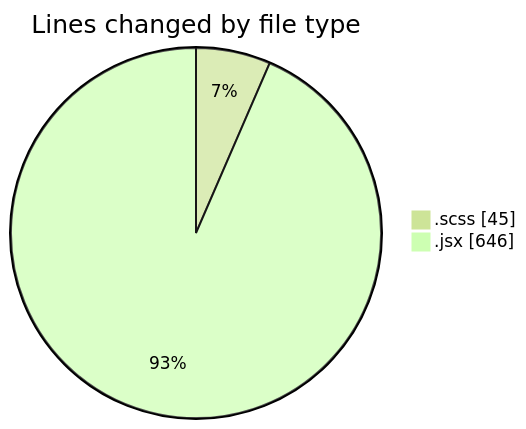
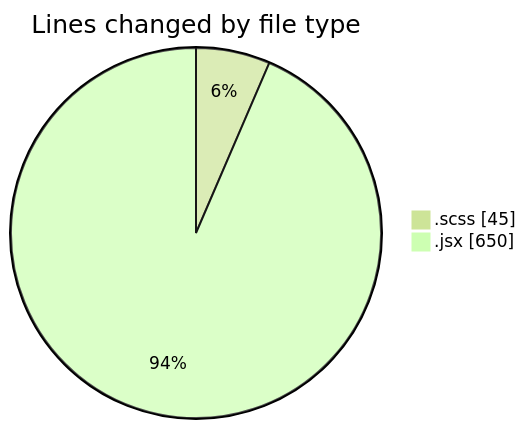
The first of 2 diagrams in 2025-06-03/cda/README.md (momahboobian/code-tracking), drawn with Mermaid (forest theme) before and after one commit. The commit also changed other lines of this file and 1 other file, not shown here.

````diff
--- a/2025-06-03/cda/README.md
+++ b/2025-06-03/cda/README.md
@@ -22,6 +22,6 @@
 ```mermaid
 pie showData
 title Lines changed by file type
 ".scss" : 45
-".jsx" : 646
+".jsx" : 650
 ```
````
